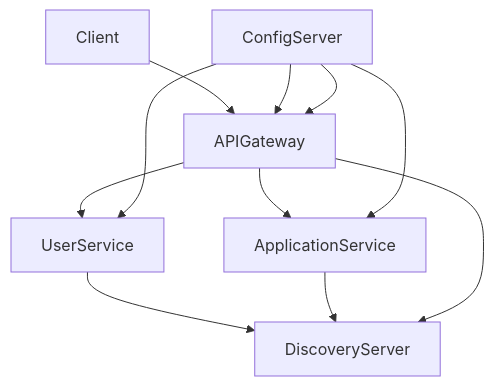
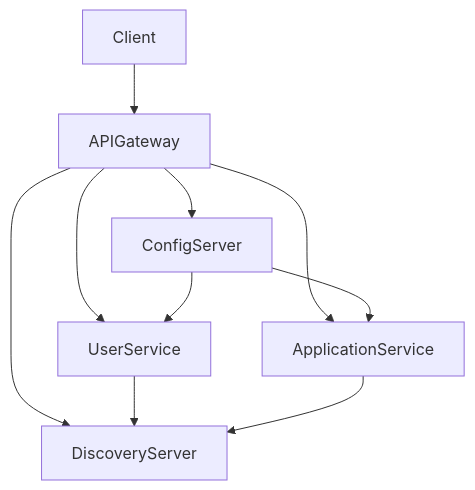
One commit to mohanad-abdalwahab/job-application-system changed the diagram in README.md. Above: the diagram before and after it, drawn with Mermaid.

````diff
--- a/README.md
+++ b/README.md
@@ -21,14 +21,13 @@
 ```mermaid
 graph TD;
     Client --> APIGateway
-    ConfigServer --> APIGateway
+    APIGateway --> ConfigServer
     APIGateway --> UserService
     APIGateway --> ApplicationService
+    APIGateway --> DiscoveryServer
     UserService --> DiscoveryServer
     ApplicationService --> DiscoveryServer
-    APIGateway --> DiscoveryServer
     ConfigServer --> UserService
     ConfigServer --> ApplicationService
-    ConfigServer --> APIGateway
 
 ```
````
